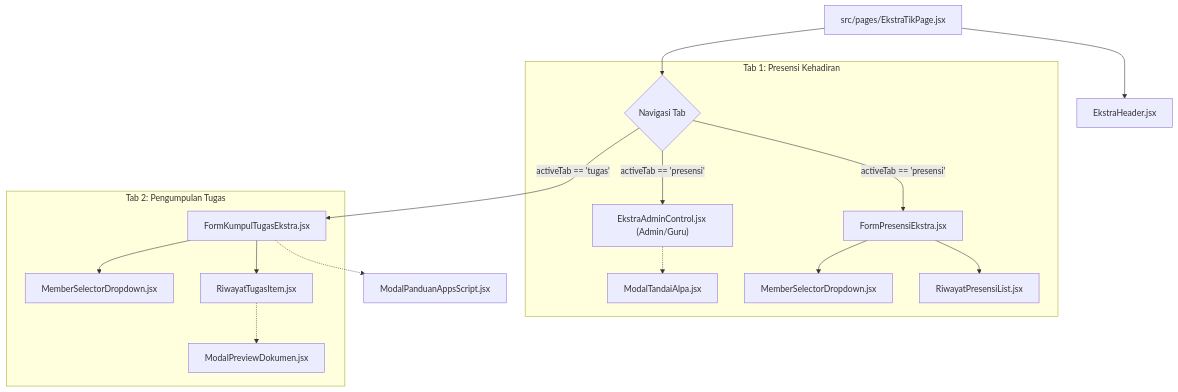
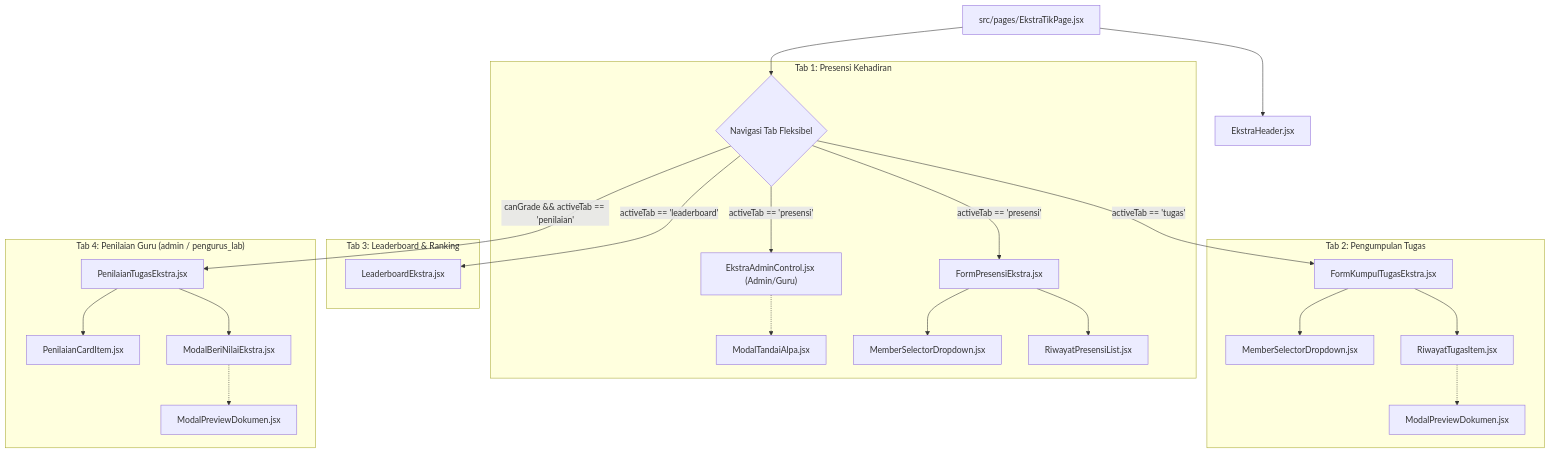
Before and after one commit to kadekdipasukesa/ruang-spendaraja: the diagram in docs/KOMPONEN_EKSTRA_TIK.md, drawn with Mermaid. The commit also changed other lines of this file and 9 other files, not shown here.

Commit message:
feat(ekstra-tik): modul penilaian tugas guru, leaderboard siswa, lock tugas dinilai & perbaikan layout navbar

````diff
--- a/docs/KOMPONEN_EKSTRA_TIK.md
+++ b/docs/KOMPONEN_EKSTRA_TIK.md
@@ -27,22 +33,31 @@
 ```mermaid
 flowchart TD
     Page["src/pages/EkstraTikPage.jsx"] --> Header["EkstraHeader.jsx"]
-    Page --> Tabs{"Navigasi Tab"}
+    Page --> Tabs{"Navigasi Tab Fleksibel"}
 
     subgraph TabPresensi ["Tab 1: Presensi Kehadiran"]
         Tabs -->|"activeTab == 'presensi'"| AdminControl["EkstraAdminControl.jsx (Admin/Guru)"]
         Tabs -->|"activeTab == 'presensi'"| FormPresensi["FormPresensiEkstra.jsx"]
         AdminControl -.-> ModalAlpa["ModalTandaiAlpa.jsx"]
         FormPresensi --> DropdownAnggota["MemberSelectorDropdown.jsx"]
         FormPresensi --> LogWA["RiwayatPresensiList.jsx"]
     end
 
     subgraph TabTugas ["Tab 2: Pengumpulan Tugas"]
         Tabs -->|"activeTab == 'tugas'"| FormTugas["FormKumpulTugasEkstra.jsx"]
         FormTugas --> DropdownAnggotaTugas["MemberSelectorDropdown.jsx"]
         FormTugas --> TugasItem["RiwayatTugasItem.jsx"]
         TugasItem -.-> PreviewModal["ModalPreviewDokumen.jsx"]
     end
 
-    FormTugas -.-> ModalGAS["ModalPanduanAppsScript.jsx"]
+    subgraph TabLeaderboard ["Tab 3: Leaderboard & Ranking"]
+        Tabs -->|"activeTab == 'leaderboard'"| LeaderboardComp["LeaderboardEkstra.jsx"]
+    end
+
+    subgraph TabPenilaian ["Tab 4: Penilaian Guru (admin / pengurus_lab)"]
+        Tabs -->|"canGrade && activeTab == 'penilaian'"| PenilaianHub["PenilaianTugasEkstra.jsx"]
+        PenilaianHub --> PenilaianCard["PenilaianCardItem.jsx"]
+        PenilaianHub --> ModalGrading["ModalBeriNilaiEkstra.jsx"]
+        ModalGrading -.-> PreviewModalGrading["ModalPreviewDokumen.jsx"]
+    end
 ```
````
